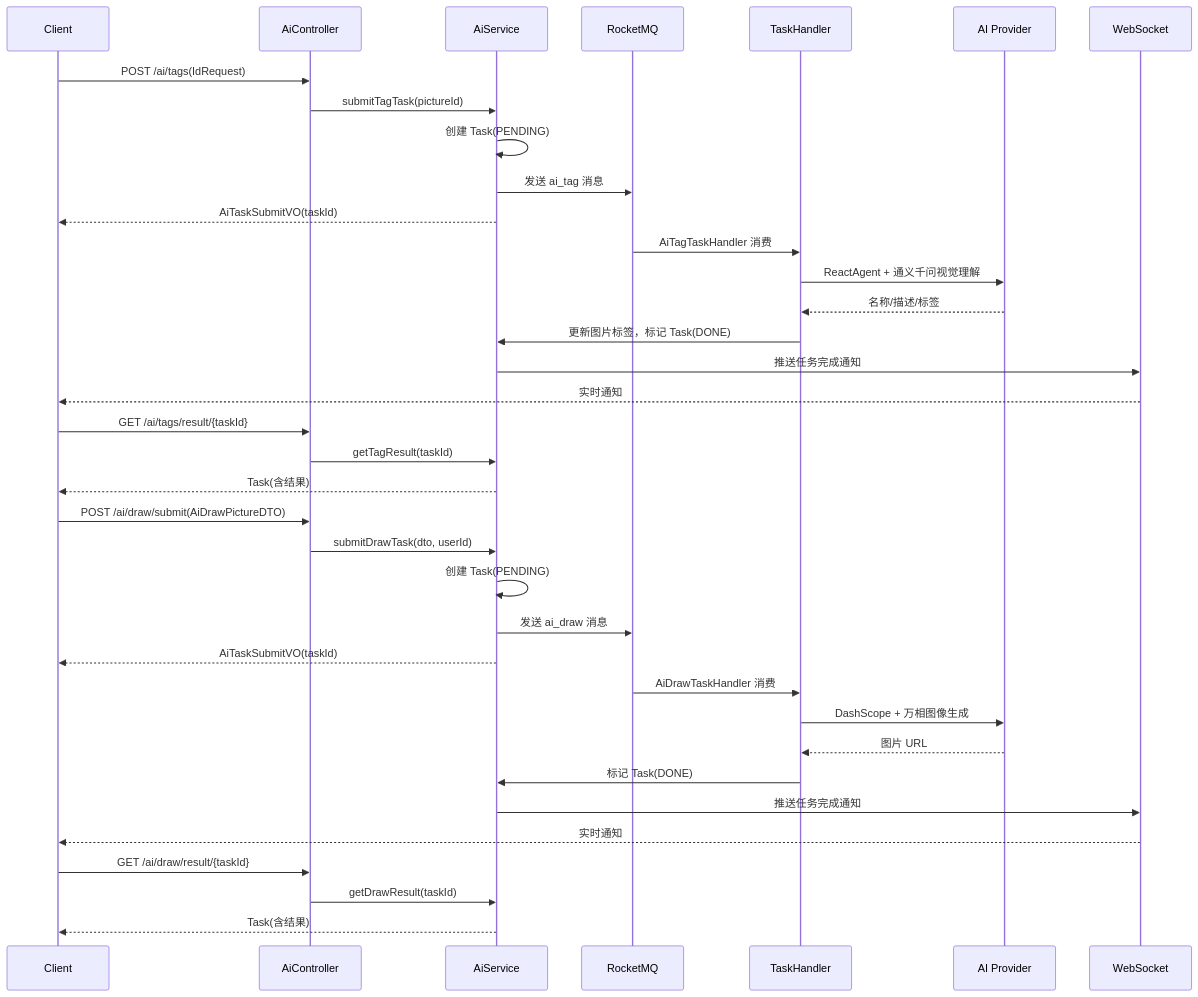
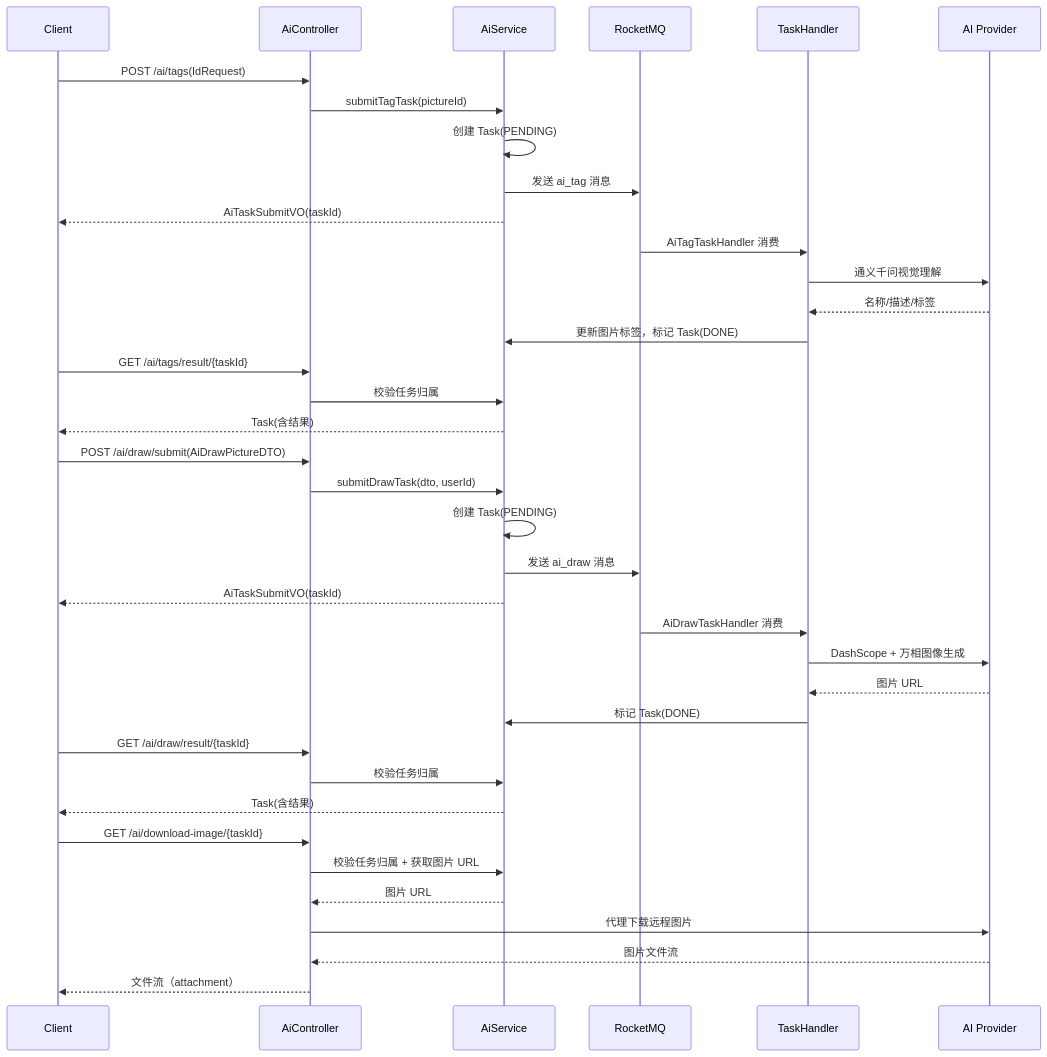
Before and after one commit to FishDuM/AI.Image.Material.Collaboration.Platform: the sixth of 8 diagrams in model/uml_diagrams.md, drawn with Mermaid. The commit also changed other lines of this file and 150 other files, not shown here.

Commit message:
缩略图、分享链接功能片上传。修复2处并发竞态，修复各链路上的bug,引入websocket和disruptor无锁队列实现团队空间协同编辑

````diff
--- a/model/uml_diagrams.md
+++ b/model/uml_diagrams.md
@@ -745,44 +536,46 @@
 ```mermaid
 sequenceDiagram
     participant C as Client
     participant A as AiController
     participant S as AiService
     participant MQ as RocketMQ
     participant H as TaskHandler
     participant AI as AI Provider
-    participant WS as WebSocket
 
     C->>A: POST /ai/tags(IdRequest)
     A->>S: submitTagTask(pictureId)
     S->>S: 创建 Task(PENDING)
     S->>MQ: 发送 ai_tag 消息
     S-->>C: AiTaskSubmitVO(taskId)
 
     MQ->>H: AiTagTaskHandler 消费
-    H->>AI: ReactAgent + 通义千问视觉理解
+    H->>AI: 通义千问视觉理解
     AI-->>H: 名称/描述/标签
     H->>S: 更新图片标签，标记 Task(DONE)
-    S->>WS: 推送任务完成通知
-    WS-->>C: 实时通知
 
     C->>A: GET /ai/tags/result/{taskId}
-    A->>S: getTagResult(taskId)
+    A->>S: 校验任务归属
     S-->>C: Task(含结果)
 
     C->>A: POST /ai/draw/submit(AiDrawPictureDTO)
     A->>S: submitDrawTask(dto, userId)
     S->>S: 创建 Task(PENDING)
     S->>MQ: 发送 ai_draw 消息
     S-->>C: AiTaskSubmitVO(taskId)
 
     MQ->>H: AiDrawTaskHandler 消费
     H->>AI: DashScope + 万相图像生成
     AI-->>H: 图片 URL
     H->>S: 标记 Task(DONE)
-    S->>WS: 推送任务完成通知
-    WS-->>C: 实时通知
 
     C->>A: GET /ai/draw/result/{taskId}
-    A->>S: getDrawResult(taskId)
+    A->>S: 校验任务归属
     S-->>C: Task(含结果)
+
+    C->>A: GET /ai/download-image/{taskId}
+    A->>S: 校验任务归属 + 获取图片 URL
+    S-->>A: 图片 URL
+    A->>AI: 代理下载远程图片
+    AI-->>A: 图片文件流
+    A-->>C: 文件流（attachment）
 ```
````
